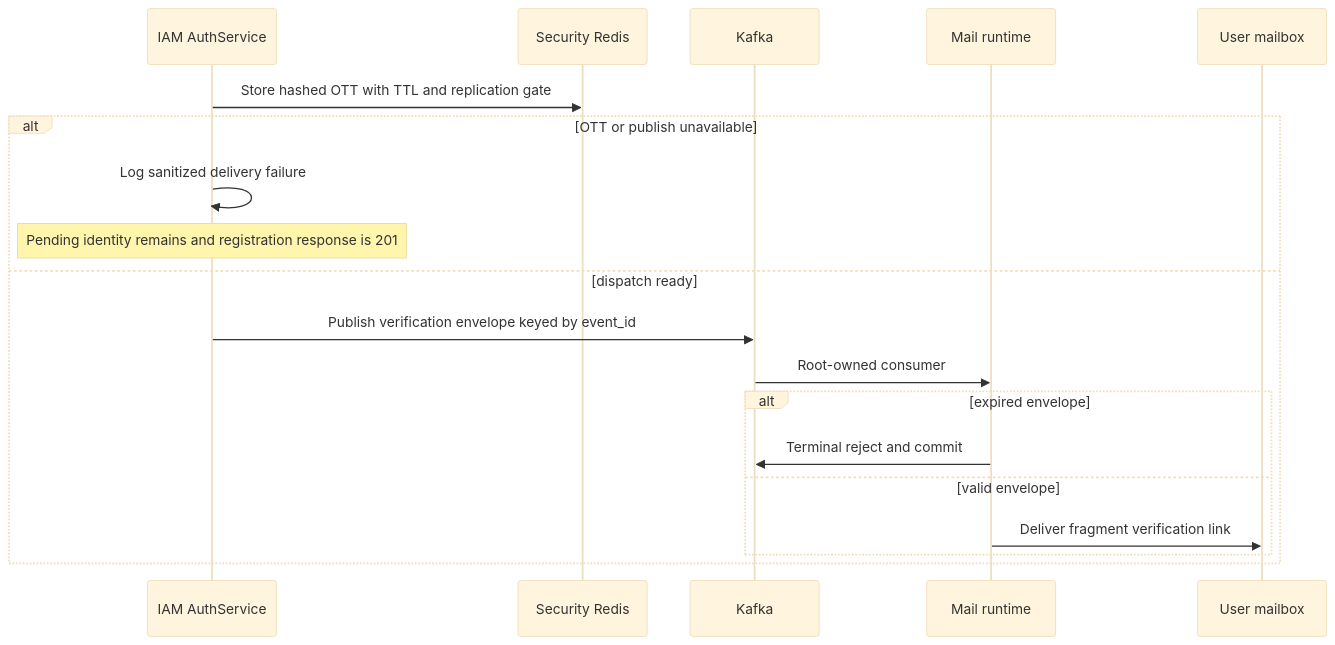
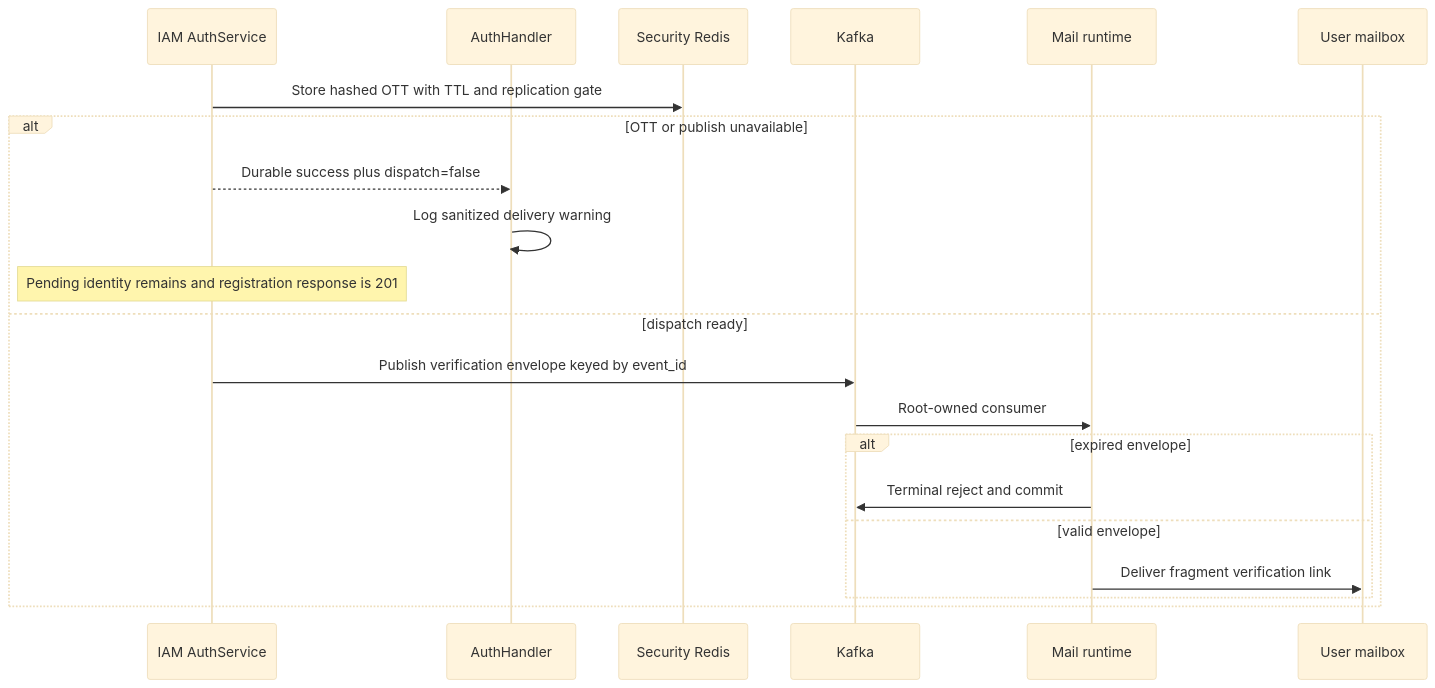
Before and after one commit to phucle996/aurora: the third of 3 diagrams in god_view/iam/user_registration_god_view_workflow.md, drawn with Mermaid (base theme). The commit also changed other lines of this file and 132 other files, not shown here.

````diff
--- a/god_view/iam/user_registration_god_view_workflow.md
+++ b/god_view/iam/user_registration_god_view_workflow.md
@@ -182,22 +183,24 @@
 ```mermaid
 sequenceDiagram
     participant S as IAM AuthService
+    participant H as AuthHandler
     participant R as Security Redis
     participant K as Kafka
     participant M as Mail runtime
     participant U as User mailbox
 
     S->>R: Store hashed OTT with TTL and replication gate
     alt OTT or publish unavailable
-        S->>S: Log sanitized delivery failure
+        S-->>H: Durable success plus dispatch=false
+        H->>H: Log sanitized delivery warning
         Note over S: Pending identity remains and registration response is 201
     else dispatch ready
         S->>K: Publish verification envelope keyed by event_id
         K->>M: Root-owned consumer
         alt expired envelope
             M->>K: Terminal reject and commit
         else valid envelope
             M->>U: Deliver fragment verification link
         end
     end
 ```
````
